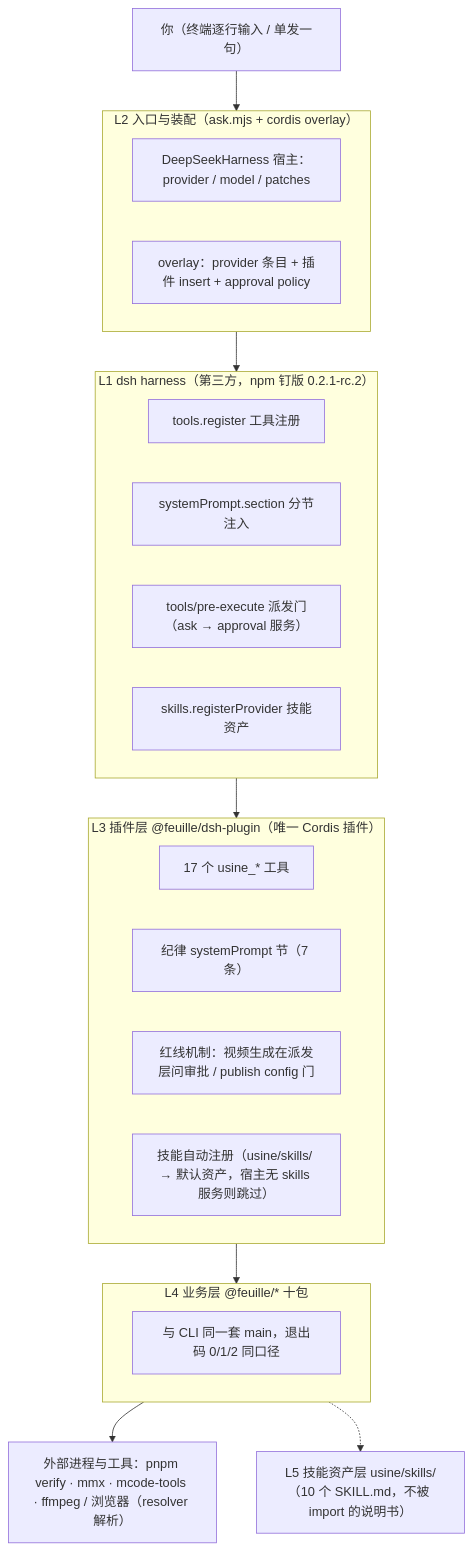
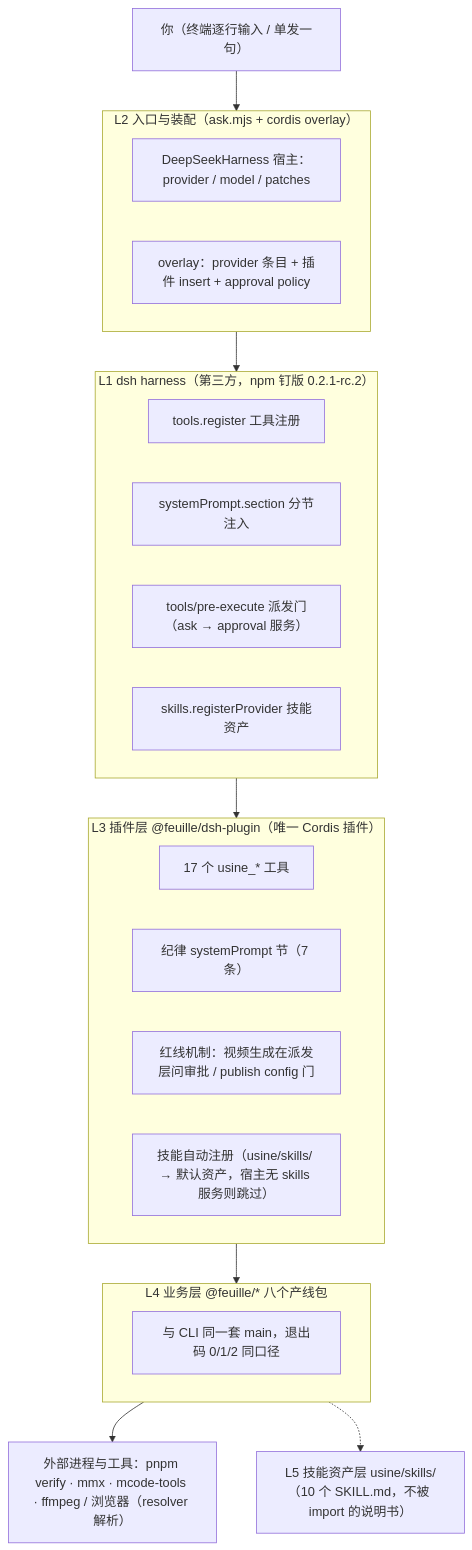
The diagram in usine/docs/dsh.md (feuyeux/explorateur), drawn with Mermaid before and after one commit. The commit also changed other lines of this file and 20 other files, not shown here.

````diff
--- a/usine/docs/dsh.md
+++ b/usine/docs/dsh.md
@@ -20,28 +23,28 @@
 ```mermaid
 flowchart TB
   U["你（终端逐行输入 / 单发一句）"] --> ENT
   subgraph ENT["L2 入口与装配（ask.mjs + cordis overlay）"]
     A1["DeepSeekHarness 宿主：provider / model / patches"]
     A2["overlay：provider 条目 + 插件 insert + approval policy"]
   end
   ENT --> H
   subgraph H["L1 dsh harness（第三方，npm 钉版 0.2.1-rc.2）"]
     S1["tools.register 工具注册"]
     S2["systemPrompt.section 分节注入"]
     S3["tools/pre-execute 派发门（ask → approval 服务）"]
     S4["skills.registerProvider 技能资产"]
   end
   H --> PLG
   subgraph PLG["L3 插件层 @feuille/dsh-plugin（唯一 Cordis 插件）"]
     P1["17 个 usine_* 工具"]
     P2["纪律 systemPrompt 节（7 条）"]
     P3["红线机制：视频生成在派发层问审批 / publish config 门"]
     P4["技能自动注册（usine/skills/ → 默认资产，宿主无 skills 服务则跳过）"]
   end
   PLG --> BIZ
-  subgraph BIZ["L4 业务层 @feuille/* 十包"]
+  subgraph BIZ["L4 业务层 @feuille/* 八个产线包"]
     B1["与 CLI 同一套 main，退出码 0/1/2 同口径"]
   end
   BIZ --> EXT["外部进程与工具：pnpm verify · mmx · mcode-tools · ffmpeg / 浏览器（resolver 解析）"]
   BIZ -.-> SK["L5 技能资产层 usine/skills/（10 个 SKILL.md，不被 import 的说明书）"]
 ```
````
